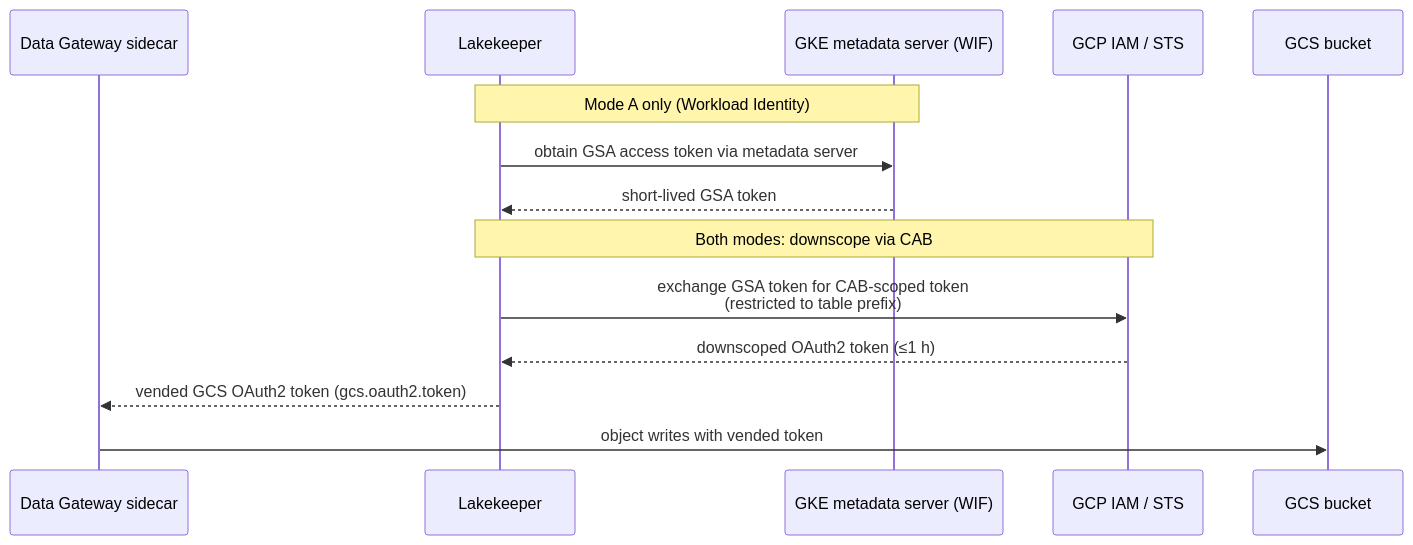
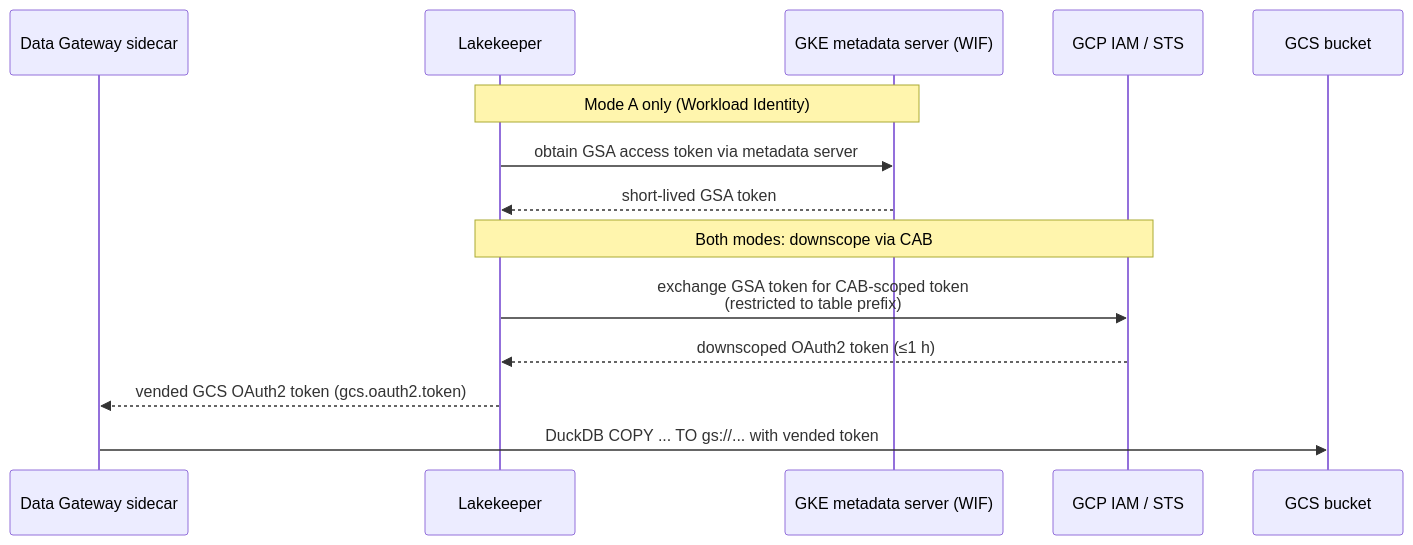
The third of 3 diagrams in docs/architecture.md (kacurez/datuplet), drawn with Mermaid before and after one commit. The commit also changed other lines of this file and 13 other files, not shown here.

````diff
--- a/docs/architecture.md
+++ b/docs/architecture.md
@@ -65,19 +65,19 @@
 ```mermaid
 sequenceDiagram
     participant DG as Data Gateway sidecar
     participant LK as Lakekeeper
     participant GKE as GKE metadata server (WIF)
     participant IAM as GCP IAM / STS
     participant GCS as GCS bucket
 
     Note over LK,GKE: Mode A only (Workload Identity)
     LK->>GKE: obtain GSA access token via metadata server
     GKE-->>LK: short-lived GSA token
 
     Note over LK,IAM: Both modes: downscope via CAB
     LK->>IAM: exchange GSA token for CAB-scoped token<br/>(restricted to table prefix)
     IAM-->>LK: downscoped OAuth2 token (≤1 h)
 
     LK-->>DG: vended GCS OAuth2 token (gcs.oauth2.token)
-    DG->>GCS: object writes with vended token
+    DG->>GCS: DuckDB COPY ... TO gs://... with vended token
 ```
````
